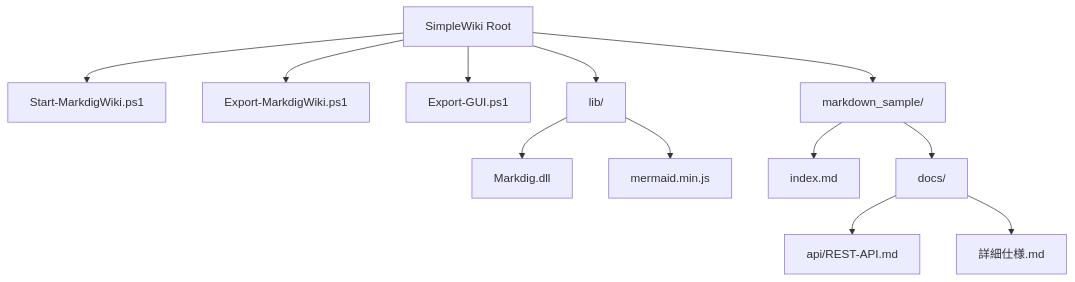
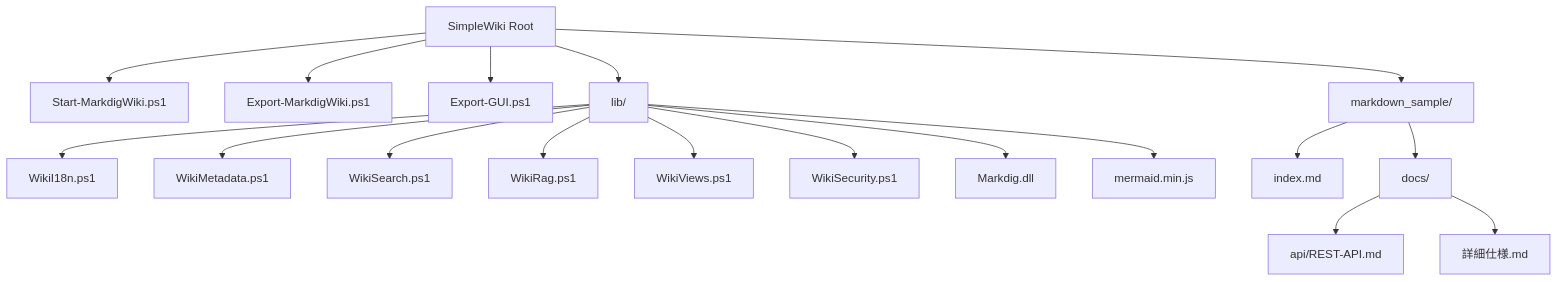
Before and after one commit to chottokun/SimpleWiki: the third of 3 diagrams in markdown_sample/docs/詳細仕様.md, drawn with Mermaid. The commit also changed other lines of this file and 15 other files, not shown here.

````diff
--- a/markdown_sample/docs/詳細仕様.md
+++ b/markdown_sample/docs/詳細仕様.md
@@ -83,14 +97,20 @@
 ```mermaid
 graph TD
     Root[SimpleWiki Root] --> Server[Start-MarkdigWiki.ps1]
     Root --> Export[Export-MarkdigWiki.ps1]
     Root --> GUI[Export-GUI.ps1]
     Root --> Lib[lib/]
+    Lib --> WikiI18n[WikiI18n.ps1]
+    Lib --> WikiMeta[WikiMetadata.ps1]
+    Lib --> WikiSearch[WikiSearch.ps1]
+    Lib --> WikiRag[WikiRag.ps1]
+    Lib --> WikiViews[WikiViews.ps1]
+    Lib --> WikiSec[WikiSecurity.ps1]
     Lib --> MarkdigDLL[Markdig.dll]
     Lib --> MermaidJS[mermaid.min.js]
     Root --> Sample[markdown_sample/]
     Sample --> IndexMD[index.md]
     Sample --> Docs[docs/]
     Docs --> API[api/REST-API.md]
     Docs --> Spec[詳細仕様.md]
 ```
````
